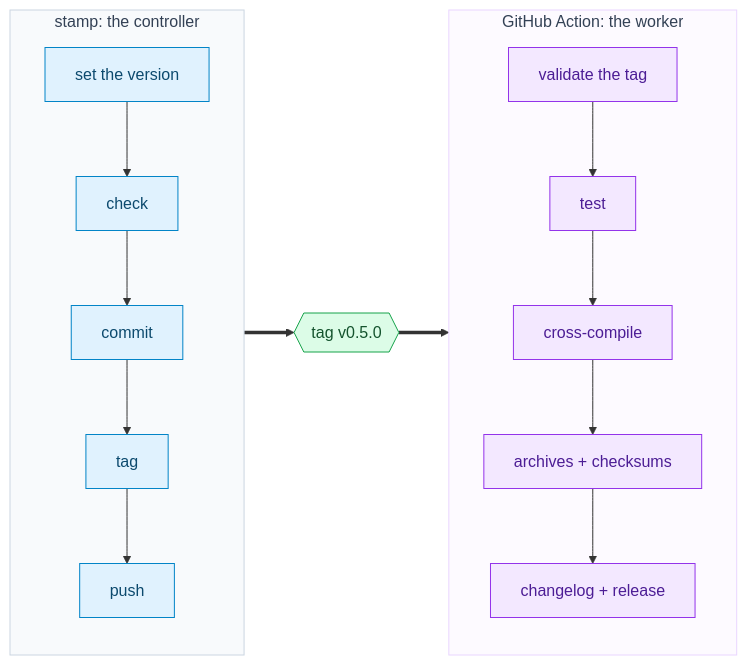
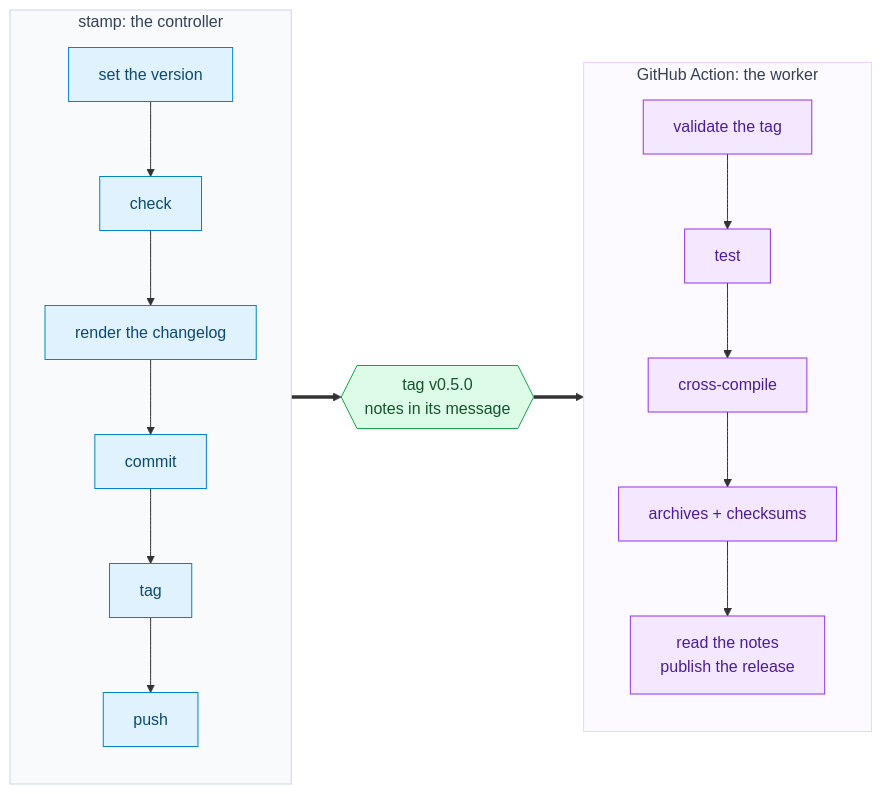
Before and after one commit to p-arndt/stamp: the second of 2 diagrams in README.md, drawn with Mermaid. The commit also changed other lines of this file and 13 other files, not shown here.

````diff
--- a/README.md
+++ b/README.md
@@ -434,25 +488,25 @@
 ```mermaid
 flowchart LR
     subgraph LOCAL["stamp: the controller"]
         direction TB
-        V["set the version"] --> C["check"] --> K["commit"] --> T["tag"] --> P["push"]
+        V["set the version"] --> C["check"] --> N["render the changelog"] --> K["commit"] --> T["tag"] --> P["push"]
     end
 
-    HANDOFF{{"tag v0.5.0"}}
+    HANDOFF{{"tag v0.5.0<br/>notes in its message"}}
 
     subgraph REMOTE["GitHub Action: the worker"]
         direction TB
-        VER["validate the tag"] --> TEST["test"] --> X["cross-compile"] --> A["archives + checksums"] --> REL["changelog + release"]
+        VER["validate the tag"] --> TEST["test"] --> X["cross-compile"] --> A["archives + checksums"] --> REL["read the notes<br/>publish the release"]
     end
 
     P ==> HANDOFF ==> VER
 
     classDef local fill:#e0f2fe,stroke:#0284c7,color:#0c4a6e
     classDef remote fill:#f3e8ff,stroke:#9333ea,color:#4c1d95
     classDef hand fill:#dcfce7,stroke:#16a34a,color:#14532d
-    class V,C,K,T,P local
+    class V,C,N,K,T,P local
     class VER,TEST,X,A,REL remote
     class HANDOFF hand
     style LOCAL fill:#f8fafc,stroke:#cbd5e1,color:#334155
     style REMOTE fill:#fdfaff,stroke:#e9d5ff,color:#334155
 ```
````
